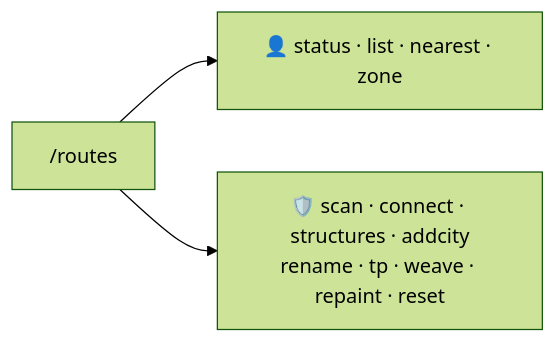
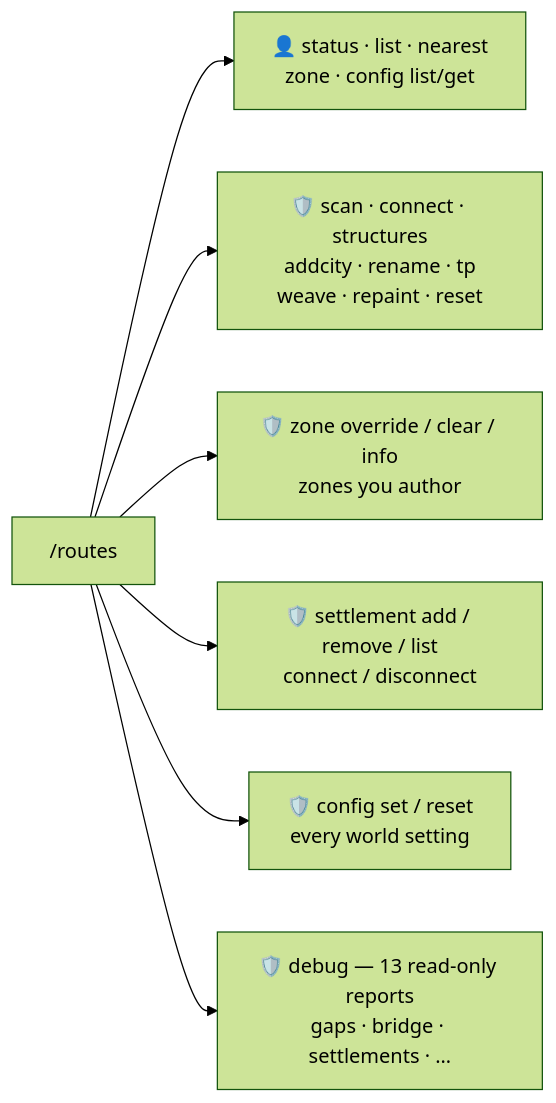
The diagram in docs/routes/commands.md (manucruzleiva/cobblemon-routes-wiki), drawn with Mermaid (forest theme) before and after one commit. The commit also changed 3 other files, not shown here.

First line of the commit message:
docs(routes): el diagrama de comandos nombra el arbol entero, pre-renderizado

````diff
--- a/docs/routes/commands.md
+++ b/docs/routes/commands.md
@@ -5,5 +5,9 @@
 ```mermaid
 flowchart LR
-    R["/routes"] --> RP[👤 status · list · nearest · zone]
-    R --> RO[🛡️ scan · connect · structures · addcity<br/>rename · tp · weave · repaint · reset]
+    R["/routes"] --> RP["👤 status · list · nearest<br/>zone · config list/get"]
+    R --> RO["🛡️ scan · connect · structures<br/>addcity · rename · tp<br/>weave · repaint · reset"]
+    R --> RZ["🛡️ zone override / clear / info<br/>zones you author"]
+    R --> RS["🛡️ settlement add / remove / list<br/>connect / disconnect"]
+    R --> RC["🛡️ config set / reset<br/>every world setting"]
+    R --> RD["🛡️ debug — 13 read-only reports<br/>gaps · bridge · settlements · …"]
 ```
````
